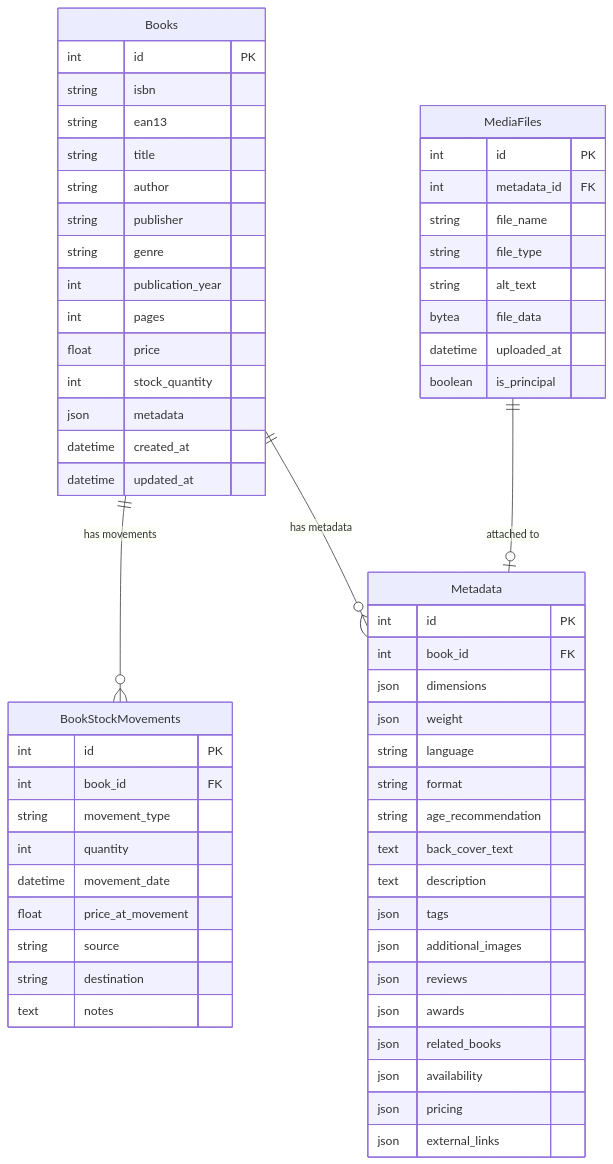
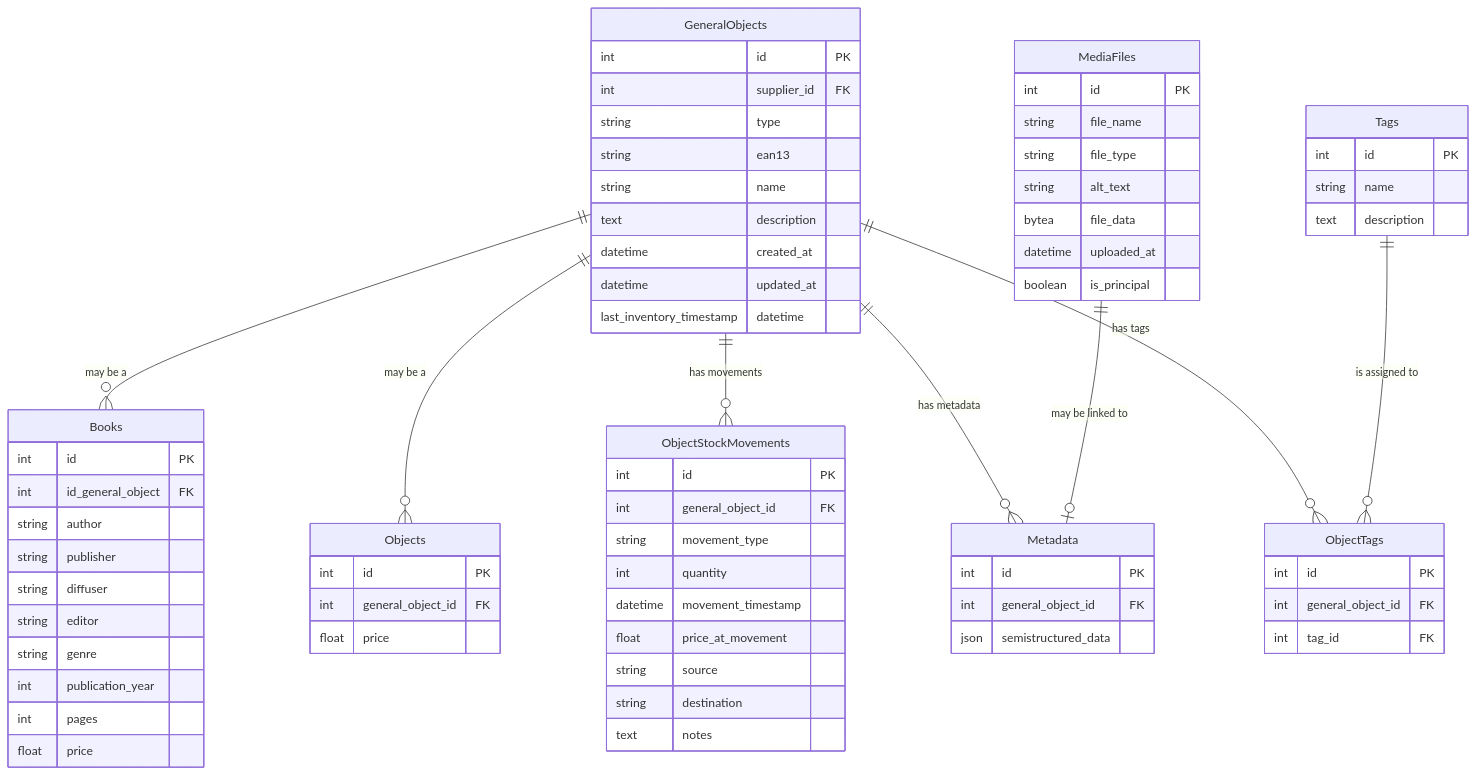
The diagram in documentations/databases/books_collection.md (remiv1/sauvetage), drawn with Mermaid before and after one commit. The commit also changed other lines of this file and 5 other files, not shown here.

````diff
--- a/documentations/databases/books_collection.md
+++ b/documentations/databases/books_collection.md
@@ -3,63 +3,74 @@
 ```mermaid
 erDiagram
+    GeneralObjects {
+        int id PK
+        int supplier_id FK
+        string type
+        string ean13
+        string name
+        text description
+        datetime created_at
+        datetime updated_at
+        last_inventory_timestamp datetime
+    }
     Books {
         int id PK
-        string isbn
-        string ean13
-        string title
+        int id_general_object FK
         string author
         string publisher
+        string diffuser
+        string editor
         string genre
         int publication_year
         int pages
         float price
-        int stock_quantity
-        json metadata
-        datetime created_at
-        datetime updated_at
     }
-    BookStockMovements {
+    Objects {
         int id PK
-        int book_id FK
+        int general_object_id FK
+        float price
+    }
+    ObjectStockMovements {
+        int id PK
+        int general_object_id FK
         string movement_type
         int quantity
-        datetime movement_date
+        datetime movement_timestamp
         float price_at_movement
         string source
         string destination
         text notes
     }
+    Tags {
+        int id PK
+        string name
+        text description
+    }
+    ObjectTags {
+        int id PK
+        int general_object_id FK
+        int tag_id FK
+    }
     Metadata {
         int id PK
-        int book_id FK
-        json dimensions
-        json weight
-        string language
-        string format
-        string age_recommendation
-        text back_cover_text
-        text description
-        json tags
-        json additional_images
-        json reviews
-        json awards
-        json related_books
-        json availability
-        json pricing
-        json external_links
+        int general_object_id FK
+        json semistructured_data
     }
     MediaFiles {
         int id PK
-        int metadata_id FK
         string file_name
         string file_type
         string alt_text
         bytea file_data
         datetime uploaded_at
         boolean is_principal
     }
     %% Relations
-    Books ||--o{ BookStockMovements : "has movements"
-    Books ||--o{ Metadata : "has metadata"
-    MediaFiles ||--o| Metadata : "attached to"
+    GeneralObjects ||--o{ Books : "may be a"
+    GeneralObjects ||--o{ Objects : "may be a"
+    GeneralObjects ||--o{ ObjectStockMovements : "has movements"
+    GeneralObjects ||--o{ Metadata : "has metadata"
+    MediaFiles ||--o| Metadata : "may be linked to"
+    GeneralObjects ||--o{ ObjectTags : "has tags"
+    Tags ||--o{ ObjectTags : "is assigned to"
 ```
````
